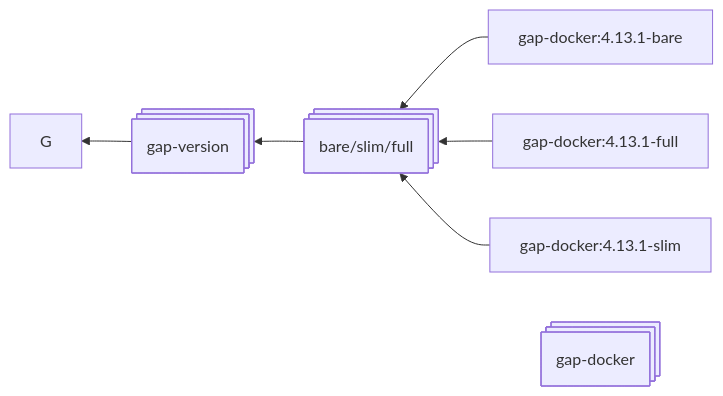
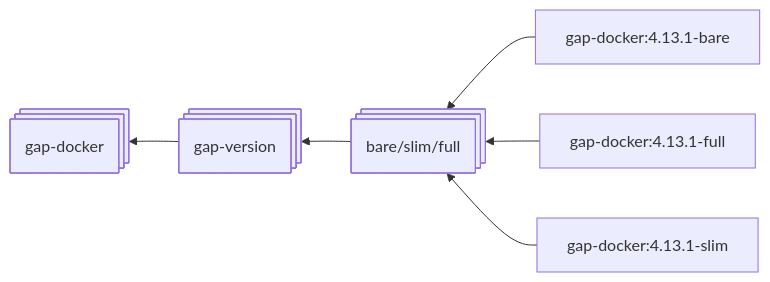
The diagram in README.md (gap-system/docker), drawn with Mermaid before and after one commit.

Commit message:
docs: Test shapes and labels

````diff
--- a/README.md
+++ b/README.md
@@ -7,12 +7,12 @@
 ```mermaid
     graph RL
         V1[gap-docker:4.13.1-bare] --> T
         V2[gap-docker:4.13.1-full] --> T
         V3[gap-docker:4.13.1-slim] --> T
         T --> V
         V --> G
         
-        A@{ shape: processes, label: "gap-docker"}
+        G@{ shape: processes, label: "gap-docker"}
         V@{ shape: processes, label: "gap-version"}
         T@{ shape: processes, label: "bare/slim/full"}
 ```
````
